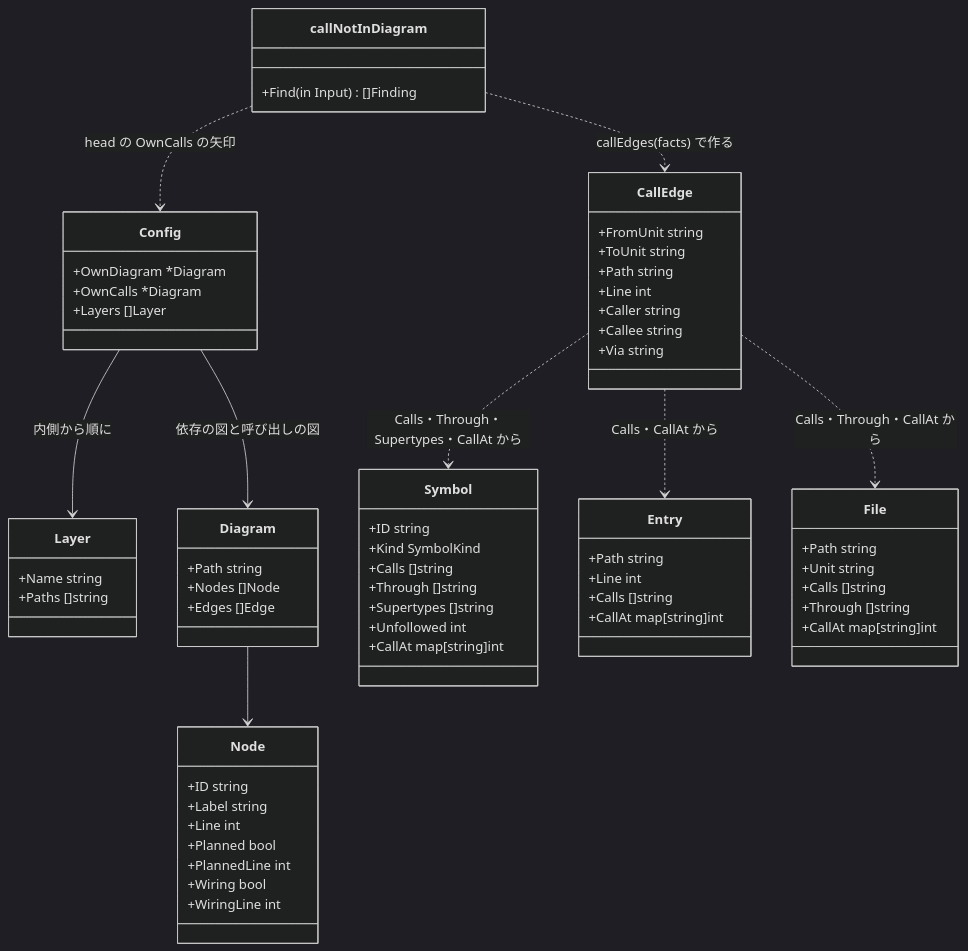
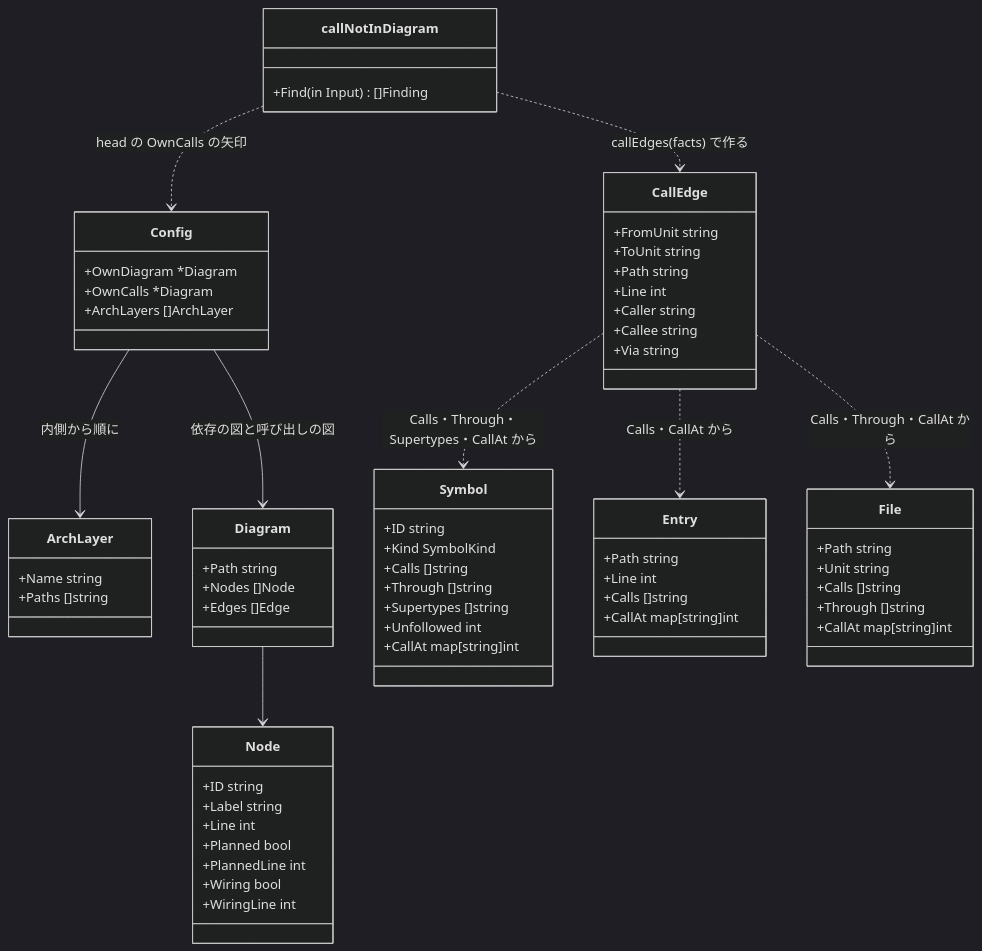
One commit to rerorets/hadome changed the diagram in docs/design/rules-deps.ja.md. Above: the diagram before and after it, drawn with Mermaid (dark theme). The commit also changed other lines of this file and 15 other files, not shown here.

Commit message:
deps/layer fails an import from an inner layer to an outer one, as rules.deps.layers lists them from the inside out

````diff
--- a/docs/design/rules-deps.ja.md
+++ b/docs/design/rules-deps.ja.md
@@ -241,68 +241,68 @@
 ```mermaid
 classDiagram
   class Config {
     +OwnDiagram *Diagram
     +OwnCalls *Diagram
-    +Layers []Layer
+    +ArchLayers []ArchLayer
   }
-  class Layer {
+  class ArchLayer {
     +Name string
     +Paths []string
   }
   class Diagram {
     +Path string
     +Nodes []Node
     +Edges []Edge
   }
   class Node {
     +ID string
     +Label string
     +Line int
     +Planned bool
     +PlannedLine int
     +Wiring bool
     +WiringLine int
   }
   class Symbol {
     +ID string
     +Kind SymbolKind
     +Calls []string
     +Through []string
     +Supertypes []string
     +Unfollowed int
     +CallAt map[string]int
   }
   class Entry {
     +Path string
     +Line int
     +Calls []string
     +CallAt map[string]int
   }
   class File {
     +Path string
     +Unit string
     +Calls []string
     +Through []string
     +CallAt map[string]int
   }
   class CallEdge {
     +FromUnit string
     +ToUnit string
     +Path string
     +Line int
     +Caller string
     +Callee string
     +Via string
   }
   class callNotInDiagram {
     +Find(in Input) []Finding
   }
   Config --> Diagram : 依存の図と呼び出しの図
-  Config --> Layer : 内側から順に
+  Config --> ArchLayer : 内側から順に
   Diagram --> Node
   callNotInDiagram ..> CallEdge : callEdges(facts) で作る
   CallEdge ..> Symbol : Calls・Through・Supertypes・CallAt から
   CallEdge ..> Entry : Calls・CallAt から
   CallEdge ..> File : Calls・Through・CallAt から
   callNotInDiagram ..> Config : head の OwnCalls の矢印
 ```
````
